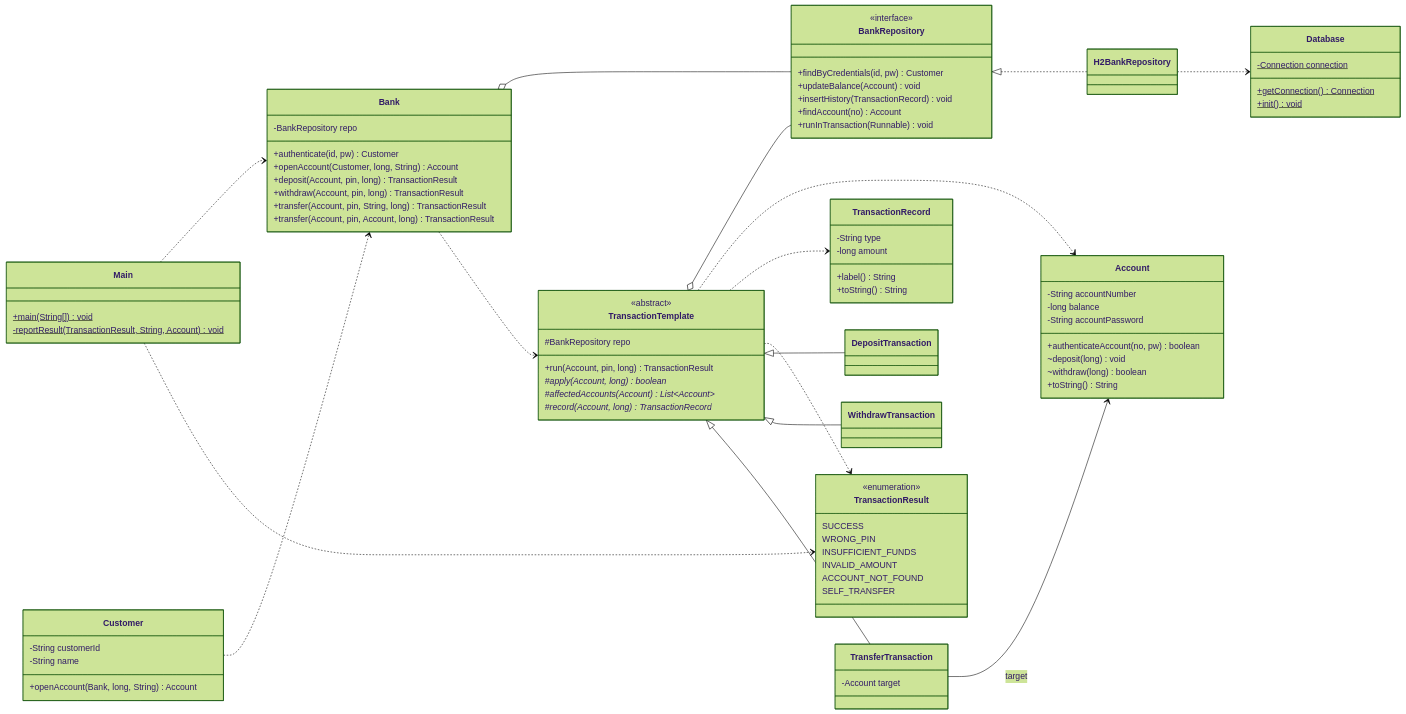
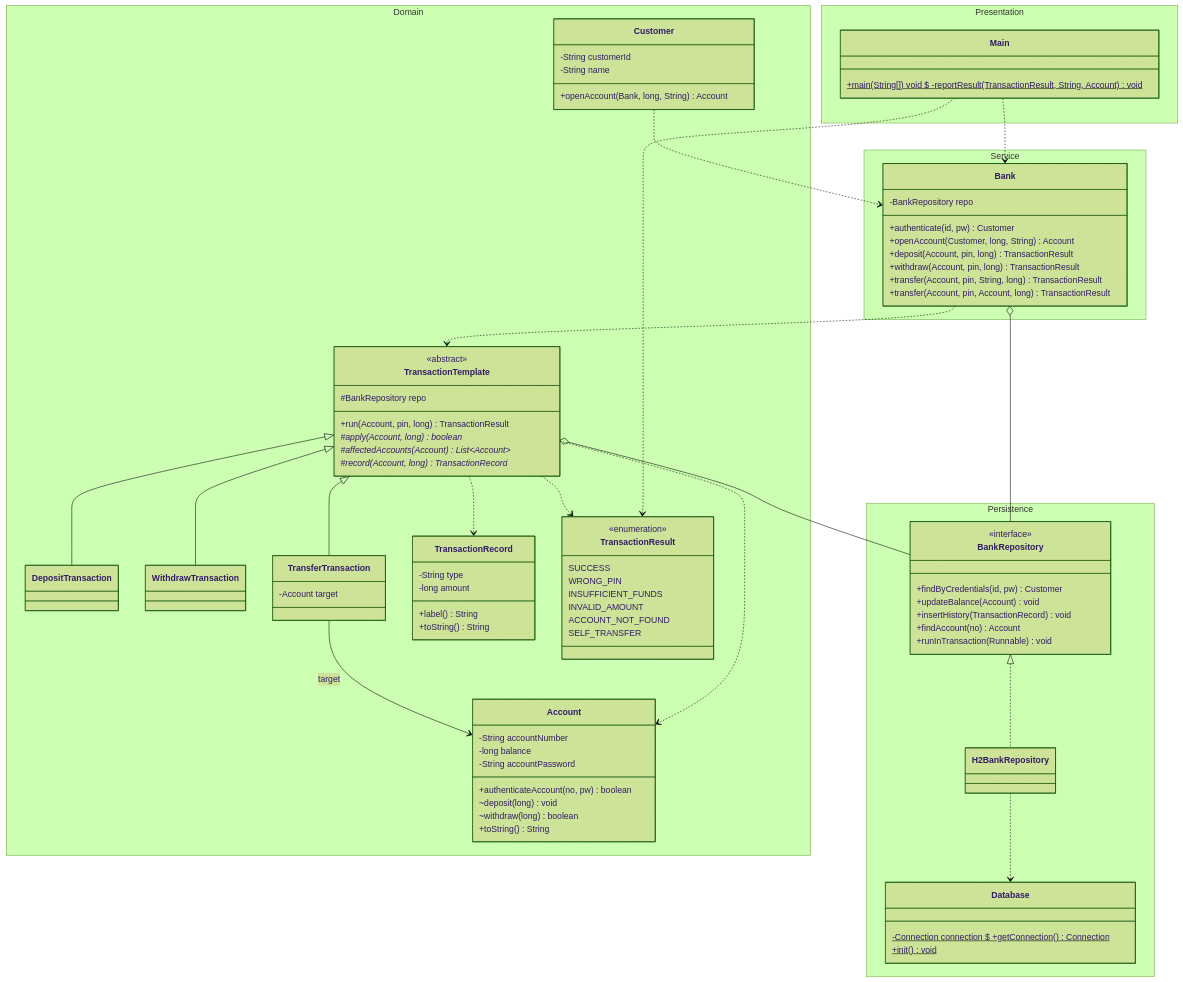
One commit to june2273/BankingSystem changed the first of 10 diagrams in README.md. Above: the diagram before and after it, drawn with Mermaid (forest theme). The commit also changed other lines of this file and 2 other files, not shown here.

Commit message:
0.5.1 README.md 수정

````diff
--- a/README.md
+++ b/README.md
@@ -78,75 +81,84 @@
 ```mermaid
 classDiagram
-    direction LR
+    direction TB
 
-    class Main {
-        +main(String[]) void$
-        -reportResult(TransactionResult, String, Account) void$
+    namespace Presentation {
+        class Main {
+            +main(String[]) void $            -reportResult(TransactionResult, String, Account) void$
+        }
     }
-    class Bank {
-        -BankRepository repo
-        +authenticate(id, pw) Customer
-        +openAccount(Customer, long, String) Account
-        +deposit(Account, pin, long) TransactionResult
-        +withdraw(Account, pin, long) TransactionResult
-        +transfer(Account, pin, String, long) TransactionResult
-        +transfer(Account, pin, Account, long) TransactionResult
+
+    namespace Service {
+        class Bank {
+            -BankRepository repo
+            +authenticate(id, pw) Customer
+            +openAccount(Customer, long, String) Account
+            +deposit(Account, pin, long) TransactionResult
+            +withdraw(Account, pin, long) TransactionResult
+            +transfer(Account, pin, String, long) TransactionResult
+            +transfer(Account, pin, Account, long) TransactionResult
+        }
     }
-    class Customer {
-        -String customerId
-        -String name
-        +openAccount(Bank, long, String) Account
+
+    namespace Domain {
+        class Customer {
+            -String customerId
+            -String name
+            +openAccount(Bank, long, String) Account
+        }
+        class Account {
+            -String accountNumber
+            -long balance
+            -String accountPassword
+            +authenticateAccount(no, pw) boolean
+            ~deposit(long) void
+            ~withdraw(long) boolean
+            +toString() String
+        }
+        class TransactionTemplate {
+            <<abstract>>
+            #BankRepository repo
+            +run(Account, pin, long) TransactionResult
+            #apply(Account, long) boolean *
+            #affectedAccounts(Account) List~Account~ *
+            #record(Account, long) TransactionRecord *
+        }
+        class DepositTransaction
+        class WithdrawTransaction
+        class TransferTransaction {
+            -Account target
+        }
+        class TransactionRecord {
+            -String type
+            -long amount
+            +label() String
+            +toString() String
+        }
+        class TransactionResult {
+            <<enumeration>>
+            SUCCESS
+            WRONG_PIN
+            INSUFFICIENT_FUNDS
+            INVALID_AMOUNT
+            ACCOUNT_NOT_FOUND
+            SELF_TRANSFER
+        }
     }
-    class Account {
-        -String accountNumber
-        -long balance
-        -String accountPassword
-        +authenticateAccount(no, pw) boolean
-        ~deposit(long) void
-        ~withdraw(long) boolean
-        +toString() String
-    }
-    class TransactionTemplate {
-        <<abstract>>
-        #BankRepository repo
-        +run(Account, pin, long) TransactionResult
-        #apply(Account, long) boolean*
-        #affectedAccounts(Account) List~Account~*
-        #record(Account, long) TransactionRecord*
-    }
-    class DepositTransaction
-    class WithdrawTransaction
-    class TransferTransaction {
-        -Account target
-    }
-    class TransactionRecord {
-        -String type
-        -long amount
-        +label() String
-        +toString() String
-    }
-    class TransactionResult {
-        <<enumeration>>
-        SUCCESS
-        WRONG_PIN
-        INSUFFICIENT_FUNDS
-        INVALID_AMOUNT
-        ACCOUNT_NOT_FOUND
-        SELF_TRANSFER
-    }
-    class BankRepository {
-        <<interface>>
-        +findByCredentials(id, pw) Customer
-        +updateBalance(Account) void
-        +insertHistory(TransactionRecord) void
-        +findAccount(no) Account
-        +runInTransaction(Runnable) void
-    }
-    class H2BankRepository
-    class Database {
-        -Connection connection$
-        +getConnection() Connection$
-        +init() void$
+
+    namespace Persistence {
+        class BankRepository {
+            <<interface>>
+            +findByCredentials(id, pw) Customer
+            +updateBalance(Account) void
+            +insertHistory(TransactionRecord) void
+            +findAccount(no) Account
+            +runInTransaction(Runnable) void
+        }
+        class H2BankRepository
+        class Database {
+            -Connection connection $            +getConnection() Connection$
+            +init() void $
+        }
     }
 
     Main ..> Bank
````
